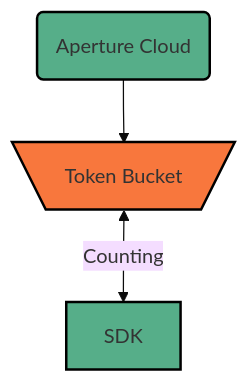
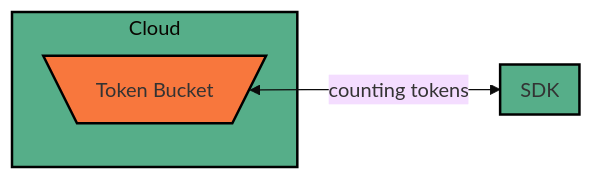
Before and after one commit to fluxninja/aperture: the diagram in docs/content/guides/assets/per-user-rate-limiting/rate-limiting.mmd, drawn with Mermaid (base theme). The commit also changed 22 other files, not shown here.

```diff
--- a/docs/content/guides/assets/per-user-rate-limiting/rate-limiting.mmd
+++ b/docs/content/guides/assets/per-user-rate-limiting/rate-limiting.mmd
@@ -1,14 +1,15 @@
-flowchart TD
-classDef TokenBucket fill:#F8773D, stroke:#000000,stroke-width:2px;
+flowchart LR
+classDef TokenBucket fill:#F8773D,stroke:#000000,stroke-width:2px;
 classDef Service fill:#56AE89,stroke:#000000,stroke-width:2px;
 
-
-Forward("Aperture Cloud") --> TB
-class Forward Service
-
+subgraph Cloud
 TB[\Token Bucket/]
 class TB TokenBucket
+end
+class Cloud Service
 
-SDK
-class SDK Service
-TB <-- "Counting" --> SDK
+TB <-- "counting tokens" --> SDK
+
+  subgraph "SDK"
+  end
+  class SDK Service
```
